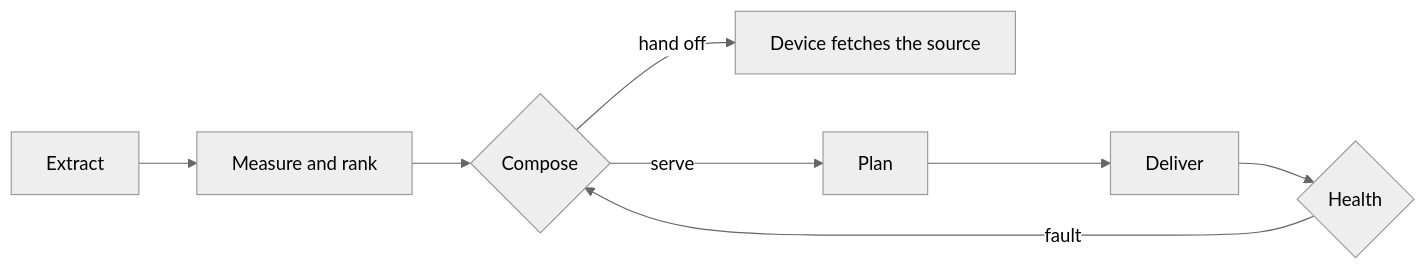
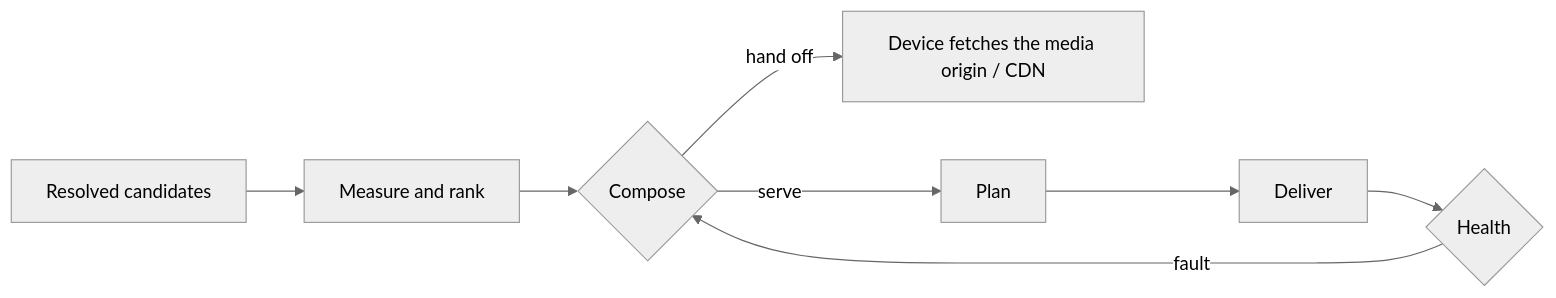
One commit to DonchoMinkov/castor changed the second of 2 diagrams in ARCHITECTURE.md. Above: the diagram before and after it, drawn with Mermaid (neutral theme). The commit also changed other lines of this file and 44 other files, not shown here.

````diff
--- a/ARCHITECTURE.md
+++ b/ARCHITECTURE.md
@@ -101,7 +77,7 @@
 ```mermaid
 flowchart LR
-    extract[Extract] --> rank[Measure and rank] --> compose{Compose}
-    compose -- hand off --> fetch[Device fetches the source]
+    candidates[Resolved candidates] --> rank[Measure and rank] --> compose{Compose}
+    compose -- hand off --> fetch[Device fetches the media origin / CDN]
     compose -- serve --> plan[Plan] --> deliver[Deliver] --> health{Health}
     health -- fault --> compose
 ```
````
